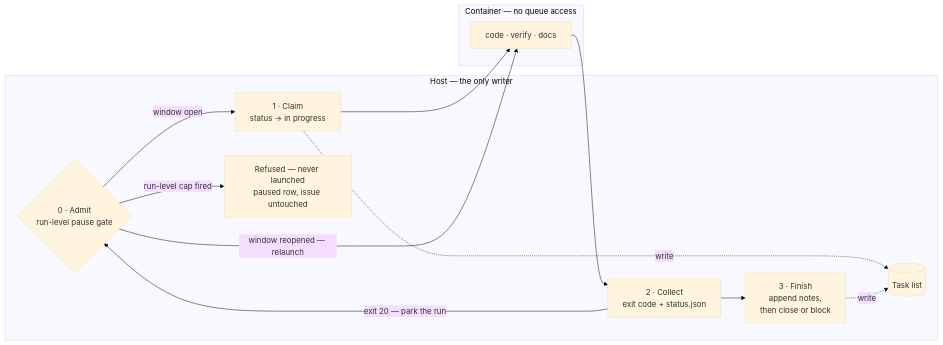
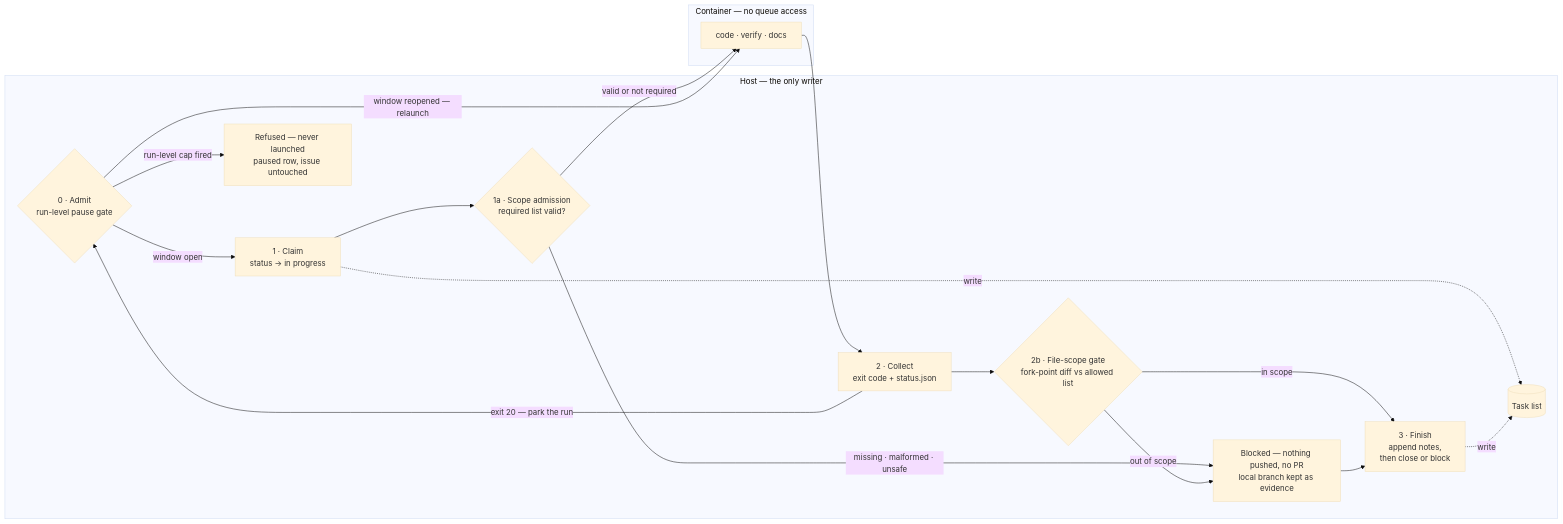
The third of 5 diagrams in docs/pipeline-diagram.md (Chadleewalker/Multi-AgentPipelines), drawn with Mermaid (base theme) before and after one commit. The commit also changed other lines of this file and 8 other files, not shown here.

````diff
--- a/docs/pipeline-diagram.md
+++ b/docs/pipeline-diagram.md
@@ -98,23 +109,31 @@
 ```mermaid
 flowchart LR
   subgraph HOST["Host — the only writer"]
     G{"0 · Admit<br/>run-level pause gate"}
+    SA{"1a · Scope admission<br/>required list valid?"}
     A["1 · Claim<br/>status → in progress"]
     C["2 · Collect<br/>exit code + status.json"]
+    SC{"2b · File-scope gate<br/>fork-point diff vs allowed list"}
     D["3 · Finish<br/>append notes,<br/>then close or block"]
     R["Refused — never launched<br/>paused row, issue untouched"]
+    SB["Blocked — nothing pushed, no PR<br/>local branch kept as evidence"]
     Q[("Task list")]
   end
   subgraph CONT["Container — no queue access"]
     B["code · verify · docs"]
   end
   G -->|"window open"| A
   G -->|"run-level cap fired"| R
-  A --> B
+  A --> SA
+  SA -->|"missing · malformed · unsafe"| SB
+  SA -->|"valid or not required"| B
   B --> C
   C -->|"exit 20 — park the run"| G
   G -->|"window reopened — relaunch"| B
-  C --> D
+  C --> SC
+  SC -->|"in scope"| D
+  SC -->|"out of scope"| SB
+  SB --> D
   A -.->|"write"| Q
   D -.->|"write"| Q
 ```
````
